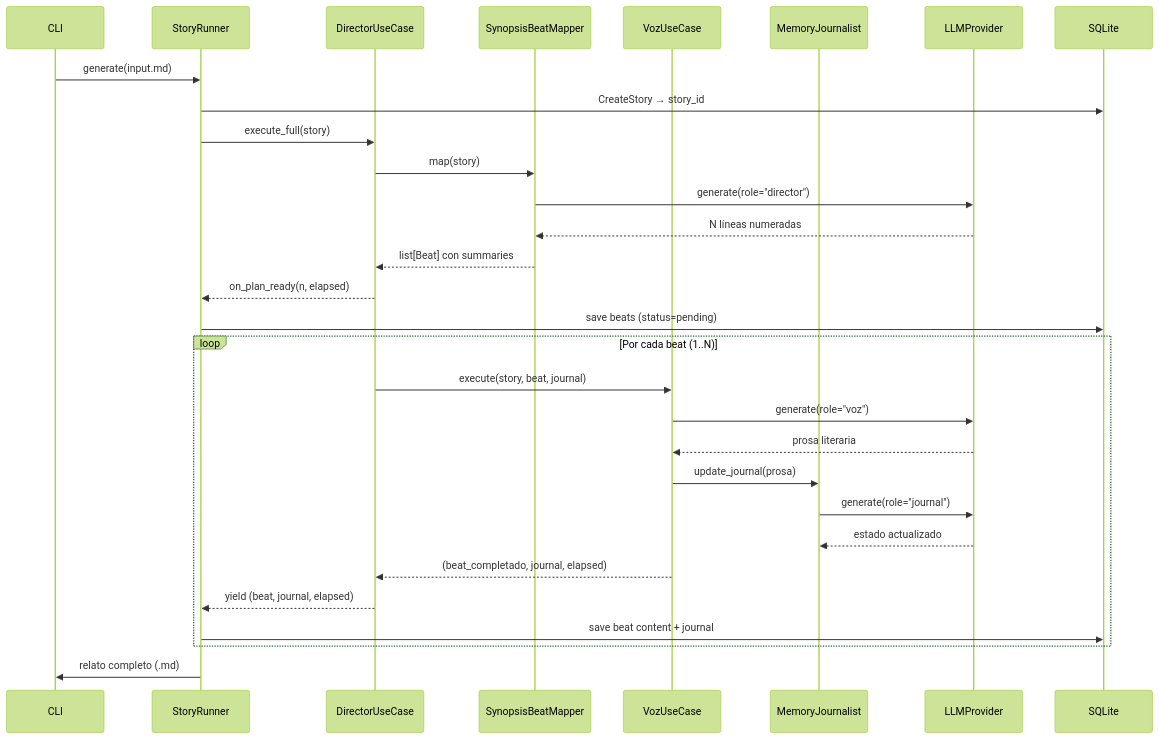
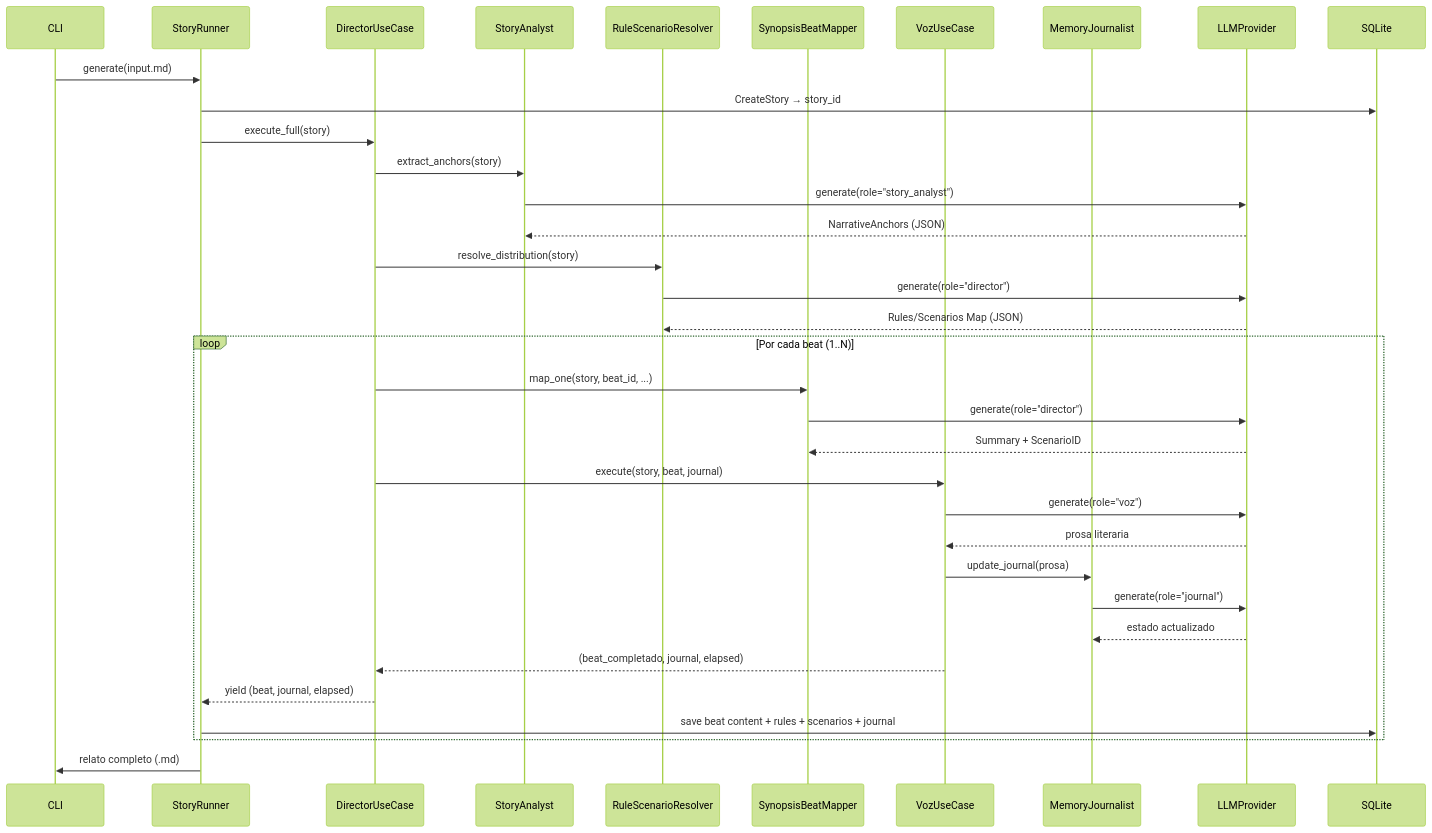
The first of 4 diagrams in README.md (rledesma912/automated_narrative), drawn with Mermaid (forest theme) before and after one commit. The commit also changed other lines of this file and 71 other files, not shown here.

````diff
--- a/README.md
+++ b/README.md
@@ -29,38 +35,44 @@
 ```mermaid
 sequenceDiagram
     participant CLI
     participant Runner as StoryRunner
     participant Dir as DirectorUseCase
+    participant Ana as StoryAnalyst
+    participant Res as RuleScenarioResolver
     participant Map as SynopsisBeatMapper
     participant Voz as VozUseCase
     participant Jrn as MemoryJournalist
     participant LLM as LLMProvider
     participant DB as SQLite
 
     CLI->>Runner: generate(input.md)
     Runner->>DB: CreateStory → story_id
 
     Runner->>Dir: execute_full(story)
 
-    Dir->>Map: map(story)
-    Map->>LLM: generate(role="director")
-    LLM-->>Map: N líneas numeradas
-    Map-->>Dir: list[Beat] con summaries
+    Dir->>Ana: extract_anchors(story)
+    Ana->>LLM: generate(role="story_analyst")
+    LLM-->>Ana: NarrativeAnchors (JSON)
 
-    Dir-->>Runner: on_plan_ready(n, elapsed)
-    Runner->>DB: save beats (status=pending)
+    Dir->>Res: resolve_distribution(story)
+    Res->>LLM: generate(role="director")
+    LLM-->>Res: Rules/Scenarios Map (JSON)
 
     loop Por cada beat (1..N)
+        Dir->>Map: map_one(story, beat_id, ...)
+        Map->>LLM: generate(role="director")
+        LLM-->>Map: Summary + ScenarioID
+        
         Dir->>Voz: execute(story, beat, journal)
         Voz->>LLM: generate(role="voz")
         LLM-->>Voz: prosa literaria
         Voz->>Jrn: update_journal(prosa)
         Jrn->>LLM: generate(role="journal")
         LLM-->>Jrn: estado actualizado
         Voz-->>Dir: (beat_completado, journal, elapsed)
         Dir-->>Runner: yield (beat, journal, elapsed)
-        Runner->>DB: save beat content + journal
+        Runner->>DB: save beat content + rules + scenarios + journal
     end
 
     Runner->>CLI: relato completo (.md)
 ```
````
